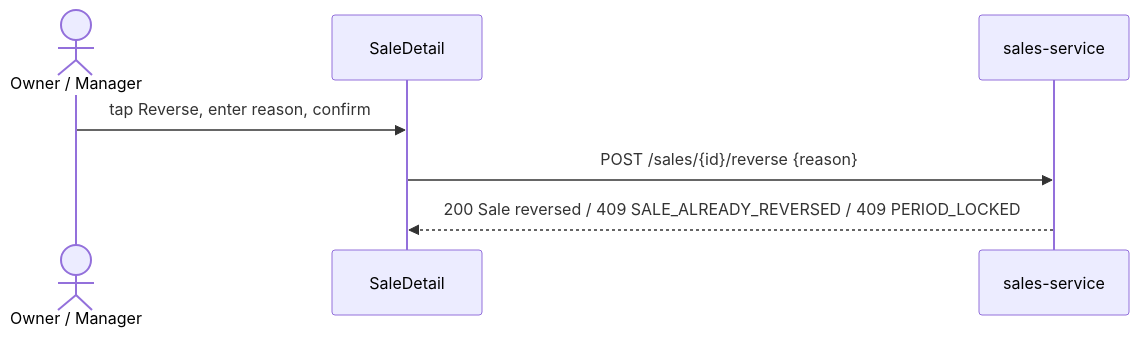
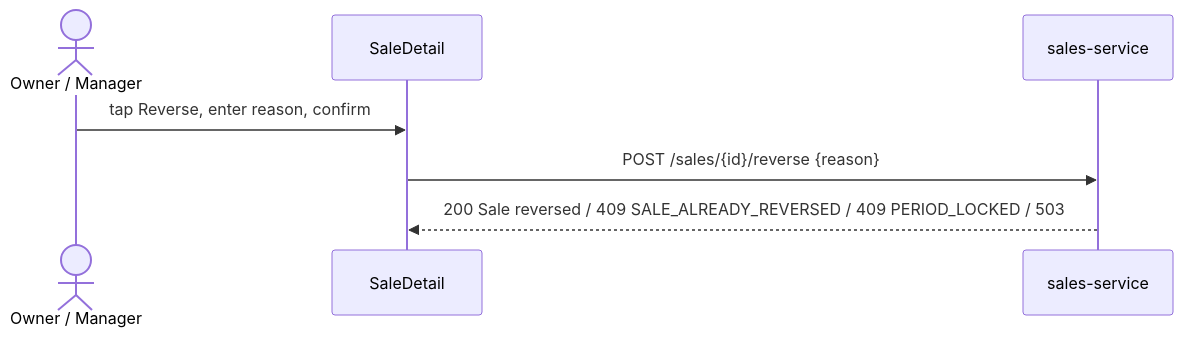
One commit to GorosXD/camfinsight-docs changed the fourth of 4 diagrams in specs/mobile-sales-management/spec.md. Above: the diagram before and after it, drawn with Mermaid. The commit also changed other lines of this file and 4 other files, not shown here.

````diff
--- a/specs/mobile-sales-management/spec.md
+++ b/specs/mobile-sales-management/spec.md
@@ -126,9 +143,9 @@
 ```mermaid
 sequenceDiagram
     actor U as Owner / Manager
     participant UI as SaleDetail
     participant API as sales-service
     U->>UI: tap Reverse, enter reason, confirm
     UI->>API: POST /sales/{id}/reverse {reason}
-    API-->>UI: 200 Sale reversed / 409 SALE_ALREADY_REVERSED / 409 PERIOD_LOCKED
+    API-->>UI: 200 Sale reversed / 409 SALE_ALREADY_REVERSED / 409 PERIOD_LOCKED / 503
 ```
````
